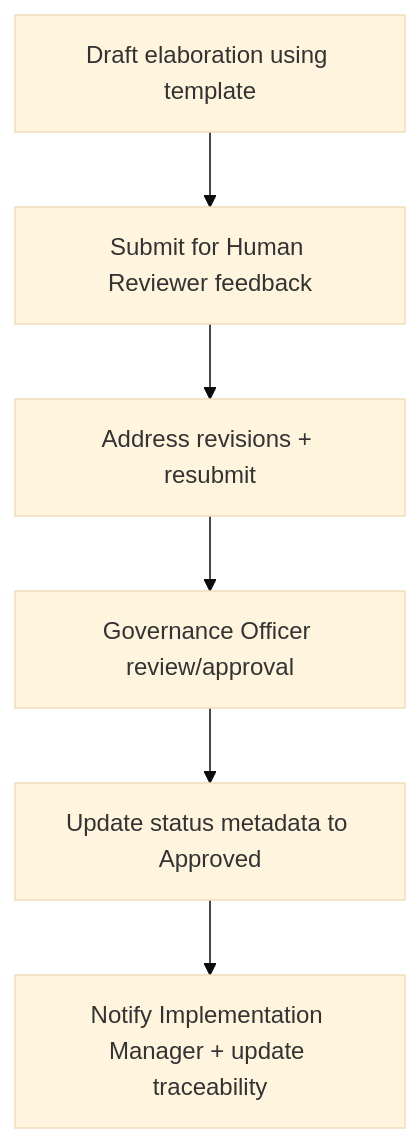
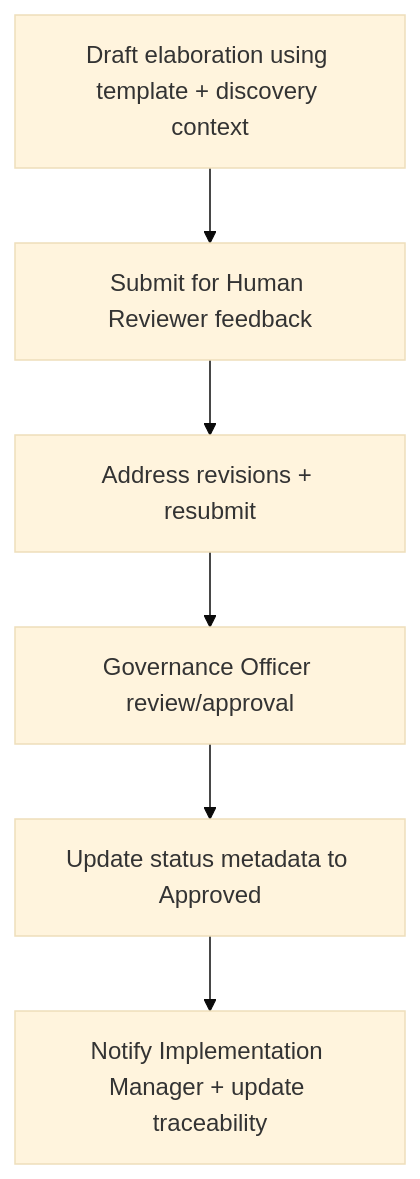
The diagram in docs/requirements/elaborations/FR-37_elaboration.md (christaylor98/dynaforge.ai), drawn with Mermaid (base theme) before and after one commit. The commit also changed other lines of this file and 129 other files, not shown here.

````diff
--- a/docs/requirements/elaborations/FR-37_elaboration.md
+++ b/docs/requirements/elaborations/FR-37_elaboration.md
@@ -34,8 +35,8 @@
 ```mermaid
 flowchart TD
-  A[Draft elaboration using template] --> B[Submit for Human Reviewer feedback]
+  A[Draft elaboration using template + discovery context] --> B[Submit for Human Reviewer feedback]
   B --> C[Address revisions + resubmit]
   C --> D[Governance Officer review/approval]
   D --> E[Update status metadata to Approved]
   E --> F[Notify Implementation Manager + update traceability]
 ```
````
